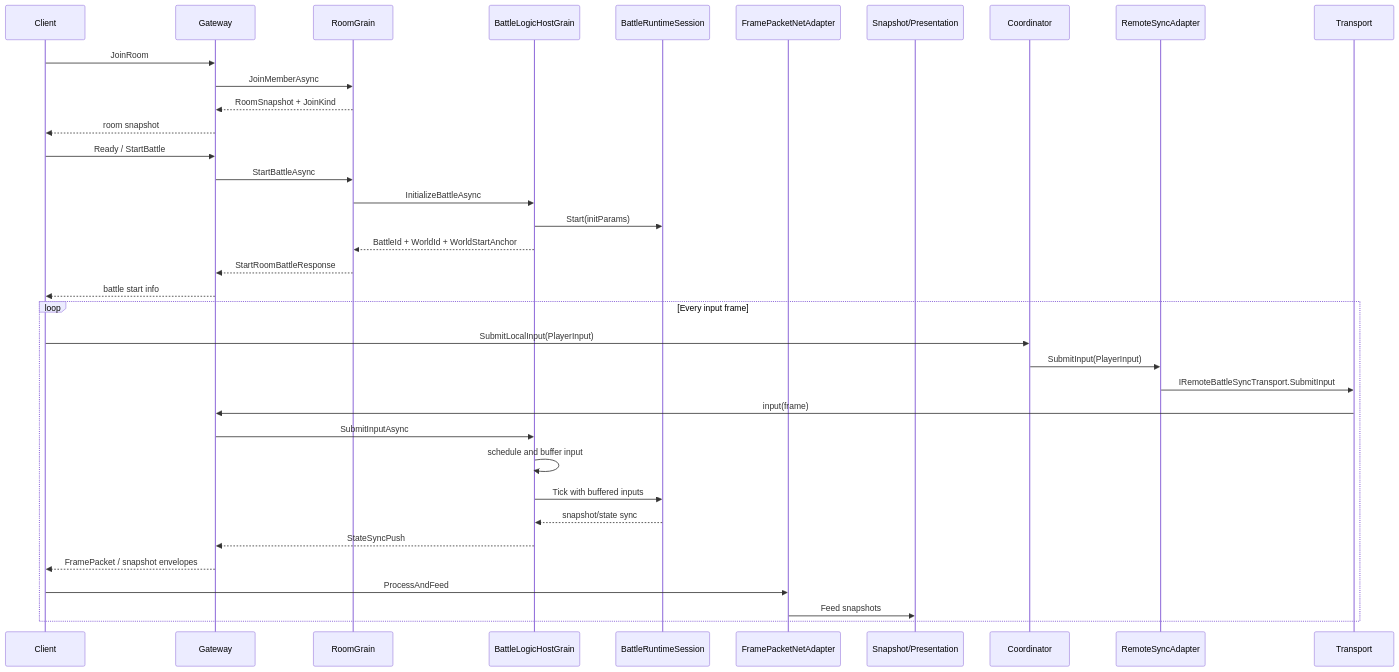
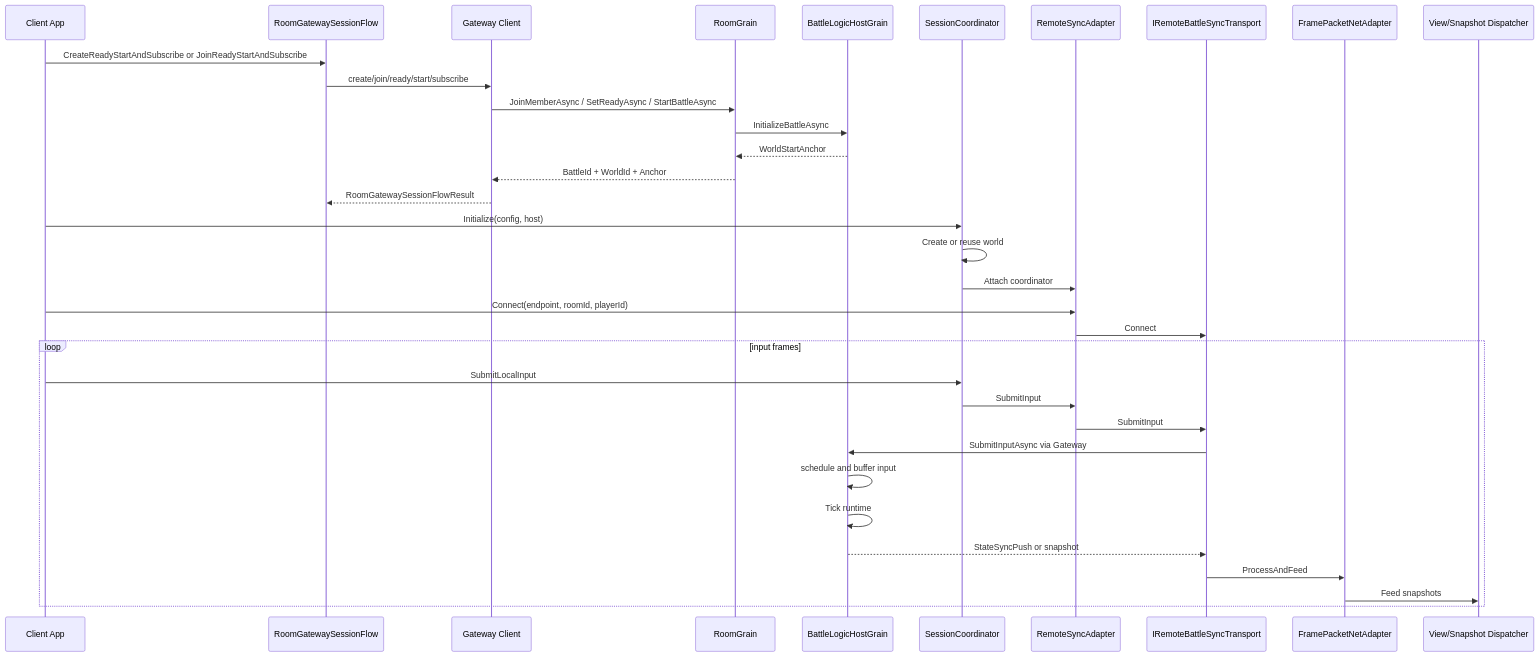
One commit to Kurumioi/AbilityKit changed diagram 12 of 14 in Docs/design/07-NetworkSynchronization/05-SessionCoordination.md. Above: the diagram before and after it, drawn with Mermaid. The commit also changed other lines of this file and 389 other files, not shown here.

````diff
--- a/Docs/design/07-NetworkSynchronization/05-SessionCoordination.md
+++ b/Docs/design/07-NetworkSynchronization/05-SessionCoordination.md
@@ -201,38 +598,39 @@
 ```mermaid
 sequenceDiagram
-    participant Client as Client
-    participant Gateway as Gateway
+    participant App as Client App
+    participant Flow as RoomGatewaySessionFlow
+    participant Gateway as Gateway Client
     participant Room as RoomGrain
     participant Battle as BattleLogicHostGrain
-    participant Runtime as BattleRuntimeSession
-    participant Adapter as FramePacketNetAdapter
-    participant View as Snapshot/Presentation
+    participant Coord as SessionCoordinator
+    participant Sync as RemoteSyncAdapter
+    participant Transport as IRemoteBattleSyncTransport
+    participant NetAdapter as FramePacketNetAdapter
+    participant View as View/Snapshot Dispatcher
 
-    Client->>Gateway: JoinRoom
-    Gateway->>Room: JoinMemberAsync
-    Room-->>Gateway: RoomSnapshot + JoinKind
-    Gateway-->>Client: room snapshot
+    App->>Flow: CreateReadyStartAndSubscribe or JoinReadyStartAndSubscribe
+    Flow->>Gateway: create/join/ready/start/subscribe
+    Gateway->>Room: JoinMemberAsync / SetReadyAsync / StartBattleAsync
+    Room->>Battle: InitializeBattleAsync
+    Battle-->>Room: WorldStartAnchor
+    Room-->>Gateway: BattleId + WorldId + Anchor
+    Gateway-->>Flow: RoomGatewaySessionFlowResult
 
-    Client->>Gateway: Ready / StartBattle
-    Gateway->>Room: StartBattleAsync
-    Room->>Battle: InitializeBattleAsync
-    Battle->>Runtime: Start(initParams)
-    Battle-->>Room: BattleId + WorldId + WorldStartAnchor
-    Room-->>Gateway: StartRoomBattleResponse
-    Gateway-->>Client: battle start info
+    App->>Coord: Initialize(config, host)
+    Coord->>Coord: Create or reuse world
+    Coord->>Sync: Attach coordinator
+    App->>Sync: Connect(endpoint, roomId, playerId)
+    Sync->>Transport: Connect
 
-    loop Every input frame
-        Client->>Coordinator: SubmitLocalInput(PlayerInput)
-        Coordinator->>RemoteSyncAdapter: SubmitInput(PlayerInput)
-        RemoteSyncAdapter->>Transport: IRemoteBattleSyncTransport.SubmitInput
-        Transport->>Gateway: input(frame)
-        Gateway->>Battle: SubmitInputAsync
+    loop input frames
+        App->>Coord: SubmitLocalInput
+        Coord->>Sync: SubmitInput
+        Sync->>Transport: SubmitInput
+        Transport->>Battle: SubmitInputAsync via Gateway
         Battle->>Battle: schedule and buffer input
-        Battle->>Runtime: Tick with buffered inputs
-        Runtime-->>Battle: snapshot/state sync
-        Battle-->>Gateway: StateSyncPush
-        Gateway-->>Client: FramePacket / snapshot envelopes
-        Client->>Adapter: ProcessAndFeed
-        Adapter->>View: Feed snapshots
+        Battle->>Battle: Tick runtime
+        Battle-->>Transport: StateSyncPush or snapshot
+        Transport->>NetAdapter: ProcessAndFeed
+        NetAdapter->>View: Feed snapshots
     end
 ```
````
